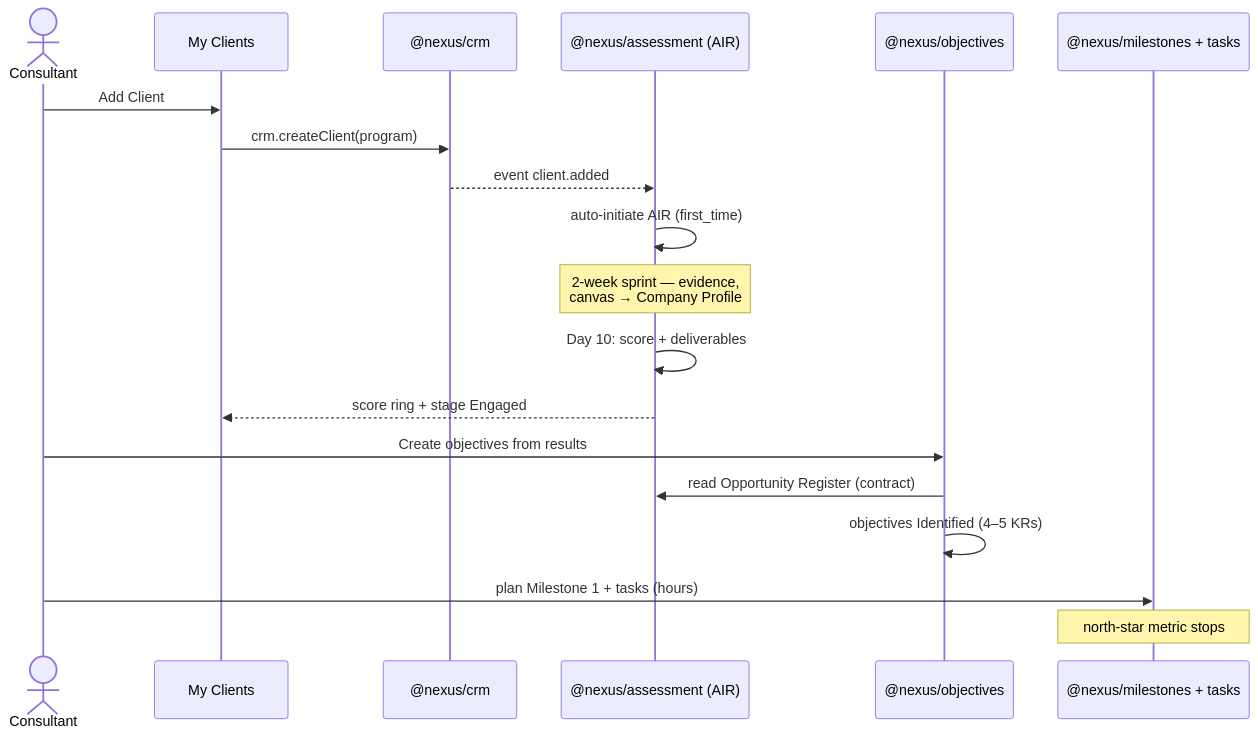
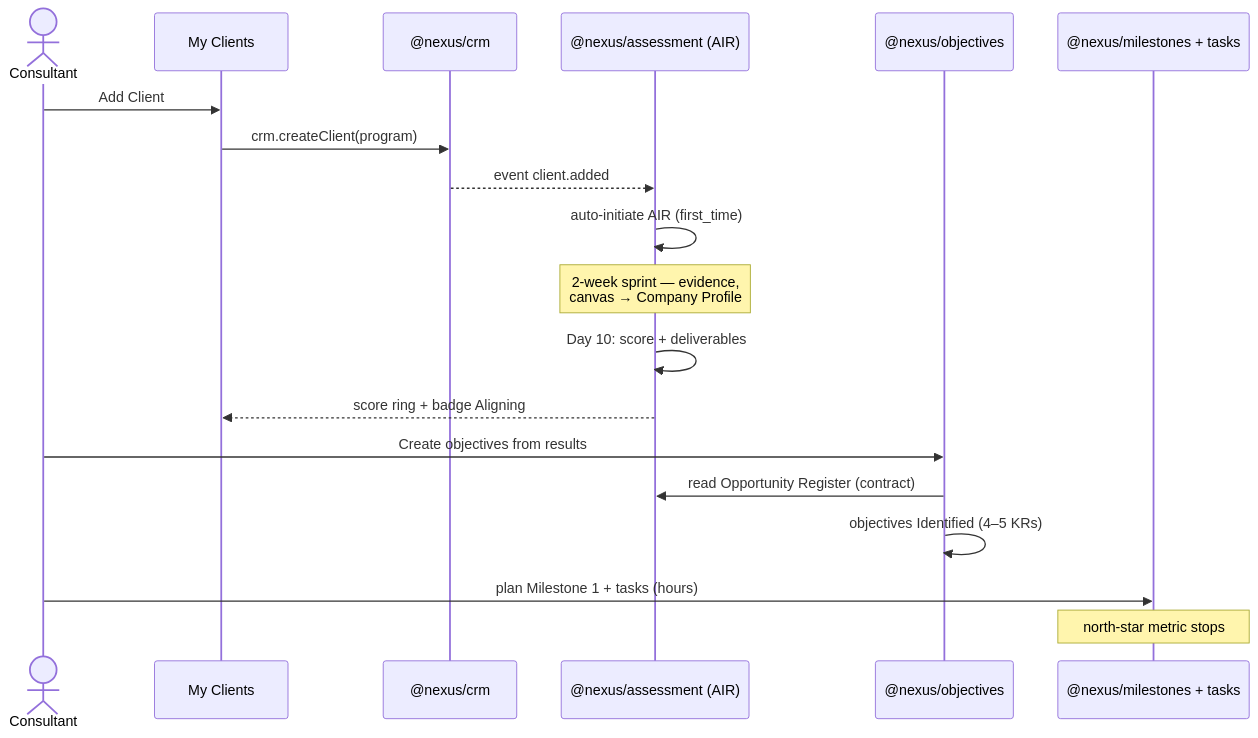
One commit to bramhilabs-us/nexus changed the first of 4 diagrams in NEXUS_STRATEGY/2-TECHNICAL/USER_JOURNEYS.md. Above: the diagram before and after it, drawn with Mermaid. The commit also changed other lines of this file and 29 other files, not shown here.

````diff
--- a/NEXUS_STRATEGY/2-TECHNICAL/USER_JOURNEYS.md
+++ b/NEXUS_STRATEGY/2-TECHNICAL/USER_JOURNEYS.md
@@ -54,21 +54,21 @@
 ```mermaid
 sequenceDiagram
     actor C as Consultant
     participant MC as My Clients
     participant CRM as @nexus/crm
     participant AS as @nexus/assessment (AIR)
     participant OBJ as @nexus/objectives
     participant MIL as @nexus/milestones + tasks
     C->>MC: Add Client
     MC->>CRM: crm.createClient(program)
     CRM-->>AS: event client.added
     AS->>AS: auto-initiate AIR (first_time)
     Note over AS: 2-week sprint — evidence,<br/>canvas → Company Profile
     AS->>AS: Day 10: score + deliverables
-    AS-->>MC: score ring + stage Engaged
+    AS-->>MC: score ring + badge Aligning
     C->>OBJ: Create objectives from results
     OBJ->>AS: read Opportunity Register (contract)
     OBJ->>OBJ: objectives Identified (4–5 KRs)
     C->>MIL: plan Milestone 1 + tasks (hours)
     Note over MIL: north-star metric stops
 ```
````
